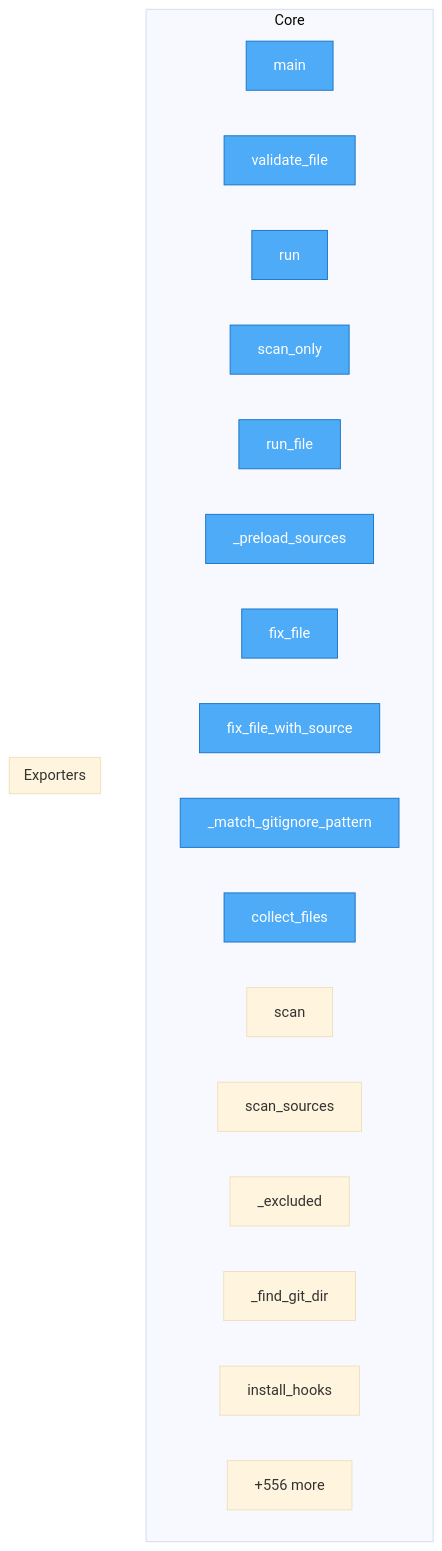
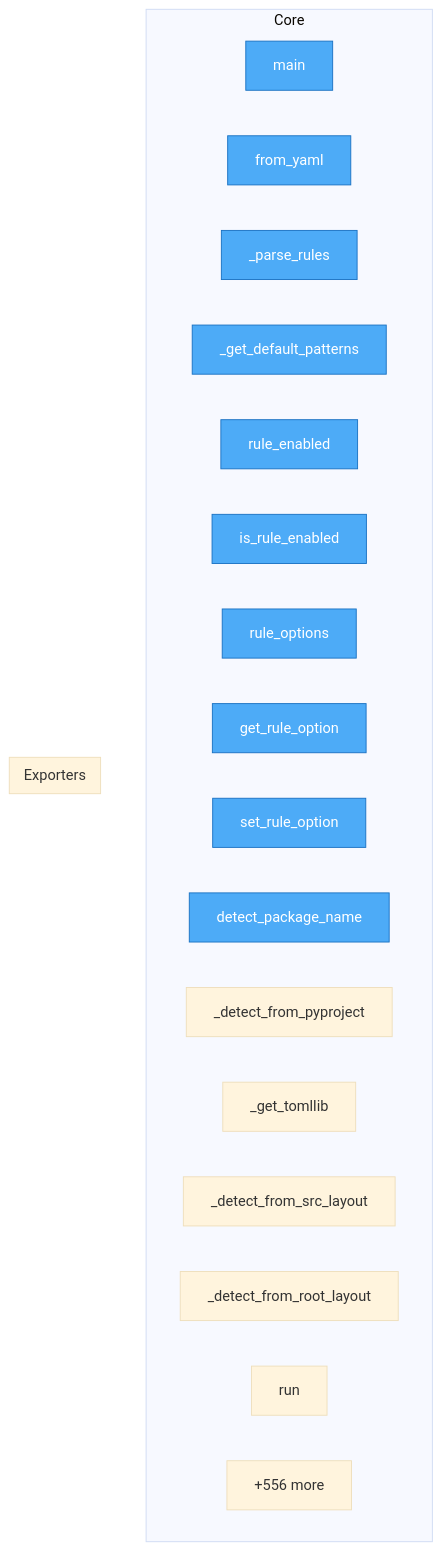
The diagram in project/flow.mmd (semcod/prefact), drawn with Mermaid (base theme) before and after one commit. The commit also changed 21 other files, not shown here.

```diff
--- a/project/flow.mmd
+++ b/project/flow.mmd
@@ -1,29 +1,29 @@
 flowchart TD
 %% generated in 0.01s
 
     %% Entry points (blue)
     classDef entry fill:#4dabf7,stroke:#1971c2,color:#fff
 
     subgraph Core
         benchmark_ram_optimization__main["main"]
-        src__prefact__validator__Validator__validate_file["validate_file"]
+        src__prefact__config__Config__from_yaml["from_yaml"]
+        src__prefact__config__Config___parse_rules["_parse_rules"]
+        src__prefact__config__Config___get_default_patterns["_get_default_patterns"]
+        src__prefact__config__Config__rule_enabled["rule_enabled"]
+        src__prefact__config__Config__is_rule_enabled["is_rule_enabled"]
+        src__prefact__config__Config__rule_options["rule_options"]
+        src__prefact__config__Config__get_rule_option["get_rule_option"]
+        src__prefact__config__Config__set_rule_option["set_rule_option"]
+        src__prefact__config__Config__detect_package_name["detect_package_name"]
+        src__prefact__config__Config___detect_from_pyproject["_detect_from_pyproject"]
+        src__prefact__config__Config___get_tomllib["_get_tomllib"]
+        src__prefact__config__Config___detect_from_src_layout["_detect_from_src_layout"]
+        src__prefact__config__Config___detect_from_root_layout["_detect_from_root_layout"]
         src__prefact__engine__RefactoringEngine__run["run"]
-        src__prefact__engine__RefactoringEngine__scan_only["scan_only"]
-        src__prefact__engine__RefactoringEngine__run_file["run_file"]
-        src__prefact__engine__RefactoringEngine___preload_sources["_preload_sources"]
-        src__prefact__fixer__Fixer__fix_file["fix_file"]
-        src__prefact__fixer__Fixer__fix_file_with_source["fix_file_with_source"]
-        src__prefact__scanner___match_gitignore_pattern["_match_gitignore_pattern"]
-        src__prefact__scanner__Scanner__collect_files["collect_files"]
-        src__prefact__scanner__Scanner__scan["scan"]
-        src__prefact__scanner__Scanner__scan_sources["scan_sources"]
-        src__prefact__scanner__Scanner___excluded["_excluded"]
-        src__prefact__git_hooks__GitHooks___find_git_dir["_find_git_dir"]
-        src__prefact__git_hooks__GitHooks__install_hooks["install_hooks"]
         ...["+556 more"]
     end
 
     subgraph Exporters
     end
 
-    class benchmark_ram_optimization__main,src__prefact__validator__Validator__validate_file,src__prefact__engine__RefactoringEngine__run,src__prefact__engine__RefactoringEngine__scan_only,src__prefact__engine__RefactoringEngine__run_file,src__prefact__engine__RefactoringEngine___preload_sources,src__prefact__fixer__Fixer__fix_file,src__prefact__fixer__Fixer__fix_file_with_source,src__prefact__scanner___match_gitignore_pattern,src__prefact__scanner__Scanner__collect_files entry
+    class benchmark_ram_optimization__main,src__prefact__config__Config__from_yaml,src__prefact__config__Config___parse_rules,src__prefact__config__Config___get_default_patterns,src__prefact__config__Config__rule_enabled,src__prefact__config__Config__is_rule_enabled,src__prefact__config__Config__rule_options,src__prefact__config__Config__get_rule_option,src__prefact__config__Config__set_rule_option,src__prefact__config__Config__detect_package_name entry
```
